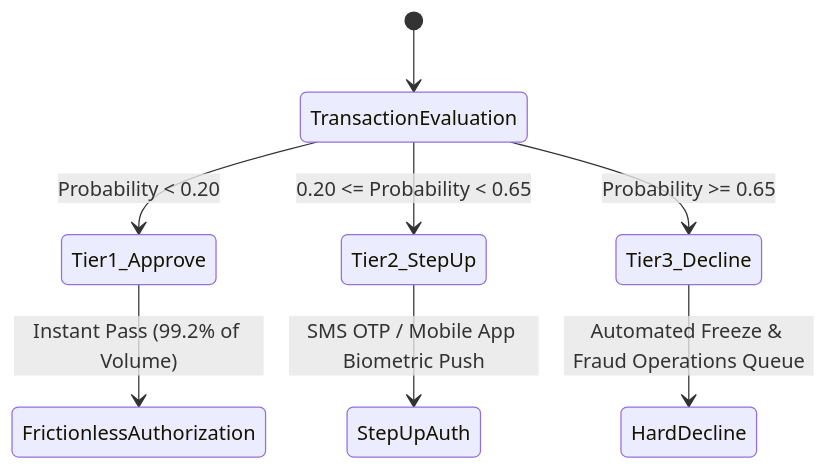
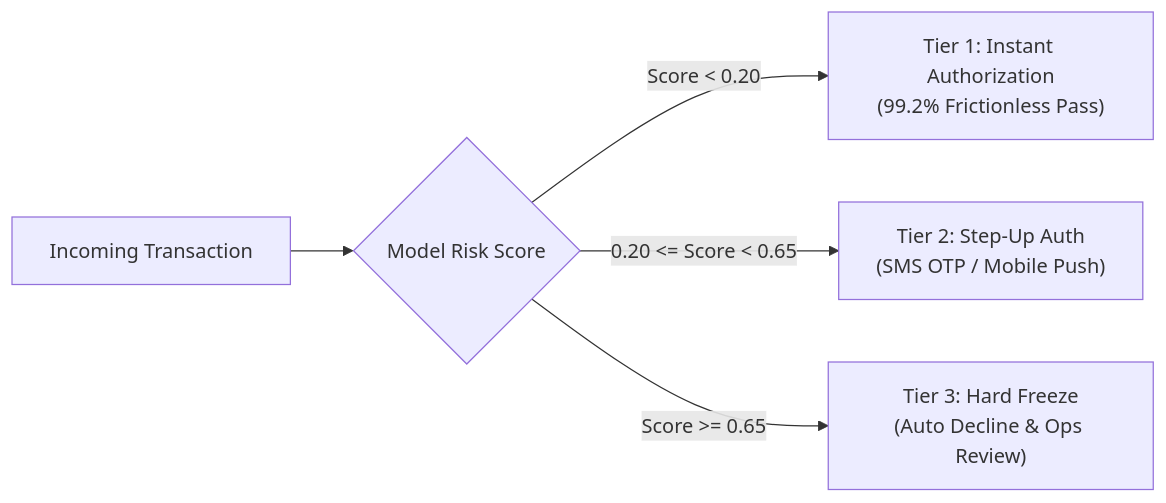
One commit to JamilKhanEmon/FinSight changed the second of 2 diagrams in README.md. Above: the diagram before and after it, drawn with Mermaid. The commit also changed other lines of this file and 1 other file, not shown here.

Commit message:
fix(docs): resolve GitHub Mermaid diagram syntax errors and standardize to MIT License

````diff
--- a/README.md
+++ b/README.md
@@ -222,11 +221,7 @@
   ```mermaid
-  stateDiagram-v2
-      [*] --> TransactionEvaluation
-      TransactionEvaluation --> Tier1_Approve: Probability < 0.20
-      TransactionEvaluation --> Tier2_StepUp: 0.20 <= Probability < 0.65
-      TransactionEvaluation --> Tier3_Decline: Probability >= 0.65
-
-      Tier1_Approve --> FrictionlessAuthorization: Instant Pass (99.2% of Volume)
-      Tier2_StepUp --> StepUpAuth: SMS OTP / Mobile App Biometric Push
-      Tier3_Decline --> HardDecline: Automated Freeze & Fraud Operations Queue
+  flowchart LR
+      A["Incoming Transaction"] --> B{"Model Risk Score"}
+      B -->|"Score < 0.20"| C["Tier 1: Instant Authorization<br/>(99.2% Frictionless Pass)"]
+      B -->|"0.20 <= Score < 0.65"| D["Tier 2: Step-Up Auth<br/>(SMS OTP / Mobile Push)"]
+      B -->|"Score >= 0.65"| E["Tier 3: Hard Freeze<br/>(Auto Decline & Ops Review)"]
   ```
````
